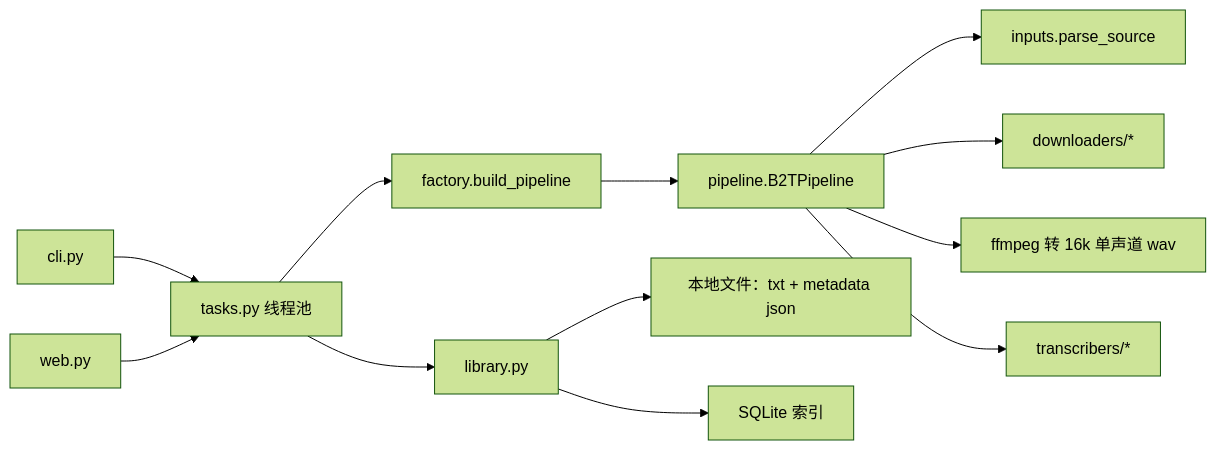
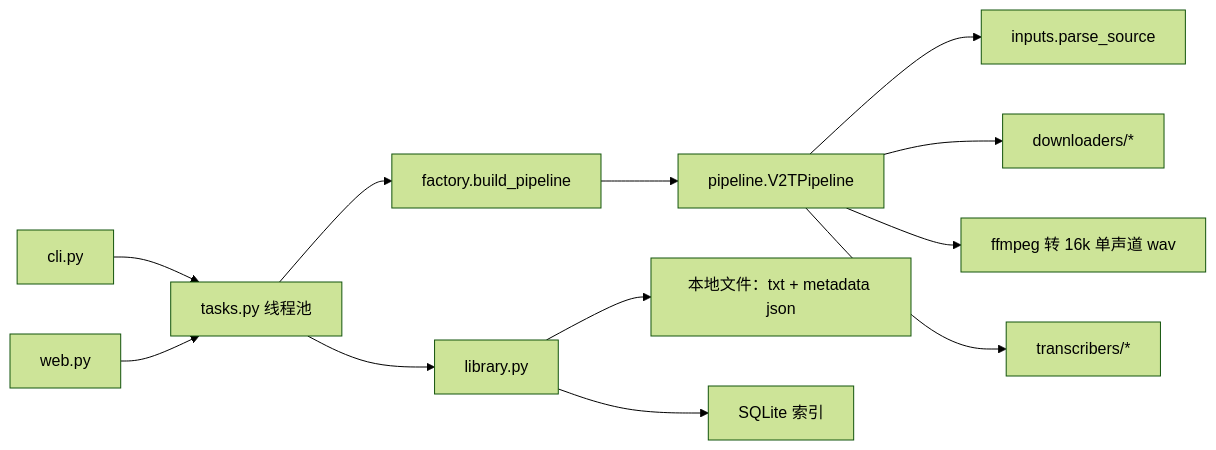
The diagram in docs/architecture.md (Jaxon1216/video2text), drawn with Mermaid (forest theme) before and after one commit. The commit also changed other lines of this file and 59 other files, not shown here.

````diff
--- a/docs/architecture.md
+++ b/docs/architecture.md
@@ -7,14 +7,14 @@
 ```mermaid
 flowchart LR
     CLI["cli.py"] --> TaskService
     Web["web.py"] --> TaskService
     TaskService["tasks.py 线程池"] --> Factory["factory.build_pipeline"]
-    Factory --> Pipeline["pipeline.B2TPipeline"]
+    Factory --> Pipeline["pipeline.V2TPipeline"]
     Pipeline --> Inputs["inputs.parse_source"]
     Pipeline --> Downloader["downloaders/*"]
     Pipeline --> FFmpeg["ffmpeg 转 16k 单声道 wav"]
     Pipeline --> Transcriber["transcribers/*"]
     TaskService --> Library["library.py"]
     Library --> Files["本地文件：txt + metadata json"]
     Library --> DB["SQLite 索引"]
 ```
````
